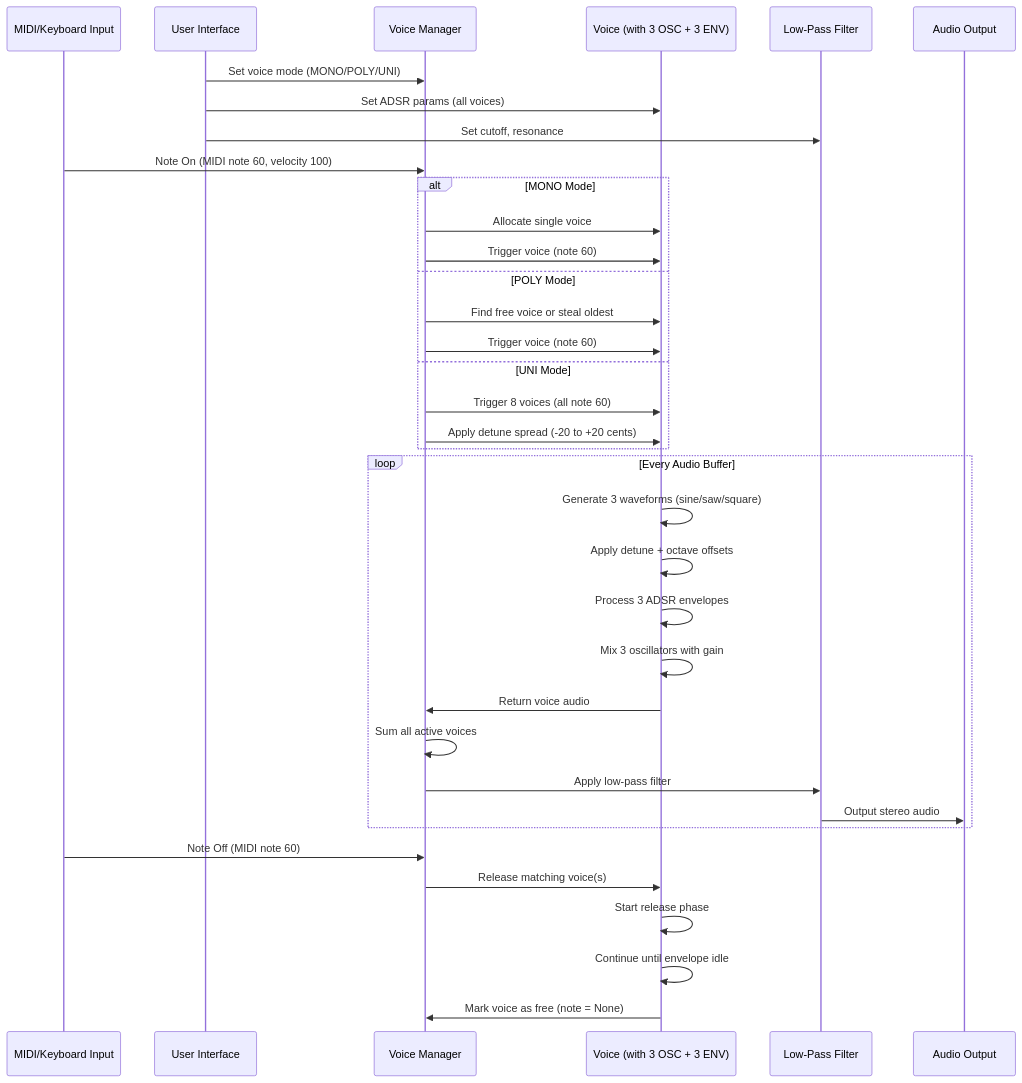
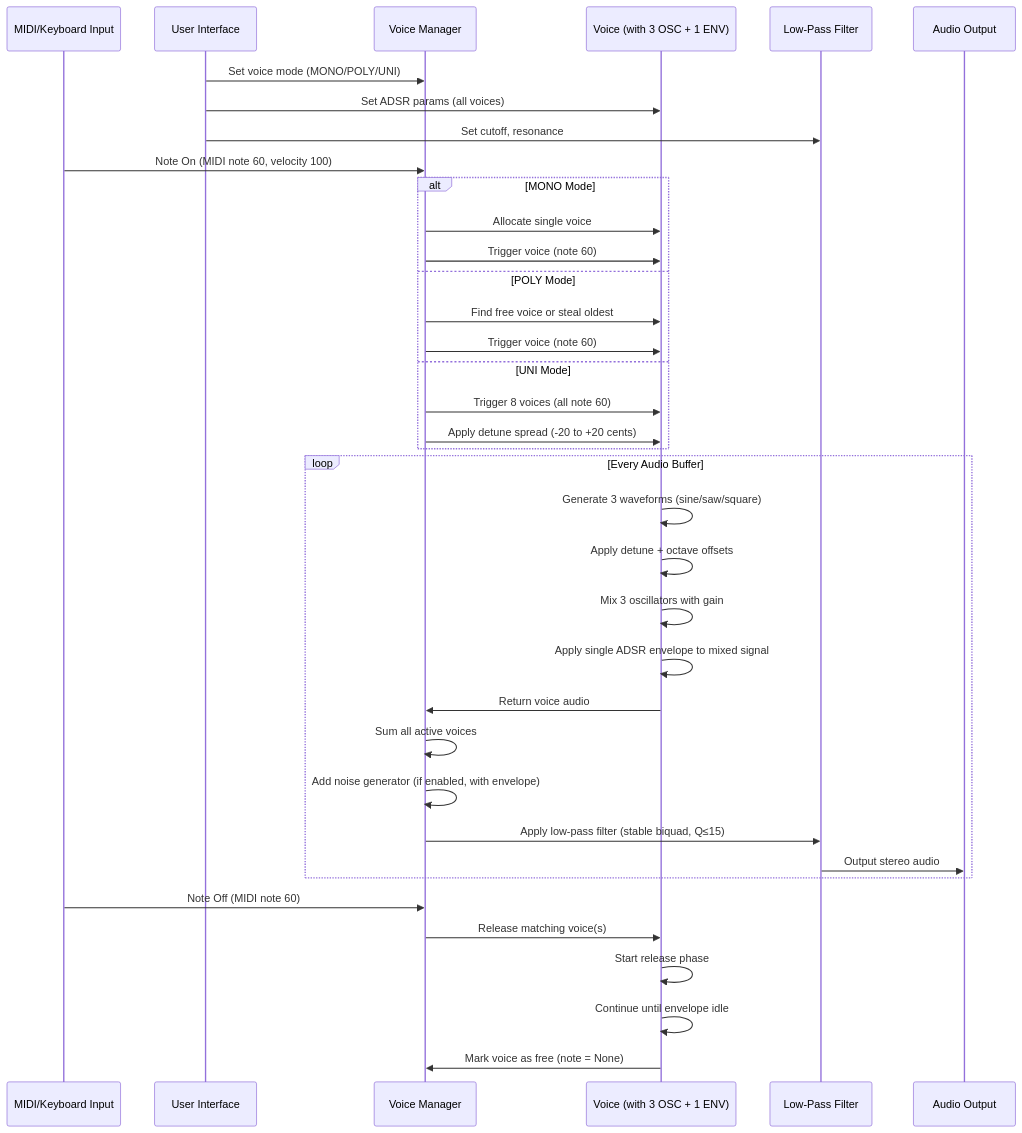
Before and after one commit to clemgoub/TripleOscillator: the third of 3 diagrams in README.md, drawn with Mermaid. The commit also changed other lines of this file and 1 other file, not shown here.

First line of the commit message:
Add noise generator and refactor to post-mixer envelope architecture

````diff
--- a/README.md
+++ b/README.md
@@ -282,43 +308,44 @@
 ```mermaid
 sequenceDiagram
     participant INPUT as MIDI/Keyboard Input
     participant UI as User Interface
     participant VM as Voice Manager
-    participant VOICE as Voice (with 3 OSC + 3 ENV)
+    participant VOICE as Voice (with 3 OSC + 1 ENV)
     participant FILT as Low-Pass Filter
     participant OUT as Audio Output
 
     UI->>VM: Set voice mode (MONO/POLY/UNI)
     UI->>VOICE: Set ADSR params (all voices)
     UI->>FILT: Set cutoff, resonance
 
     INPUT->>VM: Note On (MIDI note 60, velocity 100)
 
     alt MONO Mode
         VM->>VOICE: Allocate single voice
         VM->>VOICE: Trigger voice (note 60)
     else POLY Mode
         VM->>VOICE: Find free voice or steal oldest
         VM->>VOICE: Trigger voice (note 60)
     else UNI Mode
         VM->>VOICE: Trigger 8 voices (all note 60)
         VM->>VOICE: Apply detune spread (-20 to +20 cents)
     end
 
     loop Every Audio Buffer
         VOICE->>VOICE: Generate 3 waveforms (sine/saw/square)
         VOICE->>VOICE: Apply detune + octave offsets
-        VOICE->>VOICE: Process 3 ADSR envelopes
         VOICE->>VOICE: Mix 3 oscillators with gain
+        VOICE->>VOICE: Apply single ADSR envelope to mixed signal
         VOICE->>VM: Return voice audio
         VM->>VM: Sum all active voices
-        VM->>FILT: Apply low-pass filter
+        VM->>VM: Add noise generator (if enabled, with envelope)
+        VM->>FILT: Apply low-pass filter (stable biquad, Q≤15)
         FILT->>OUT: Output stereo audio
     end
 
     INPUT->>VM: Note Off (MIDI note 60)
     VM->>VOICE: Release matching voice(s)
     VOICE->>VOICE: Start release phase
     VOICE->>VOICE: Continue until envelope idle
     VOICE->>VM: Mark voice as free (note = None)
 ```
````
